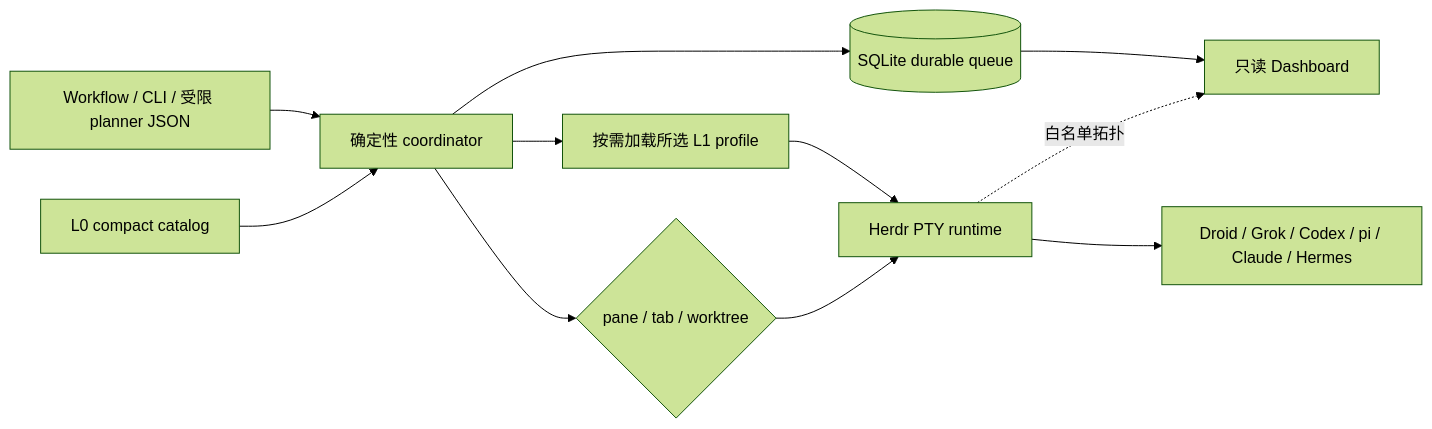
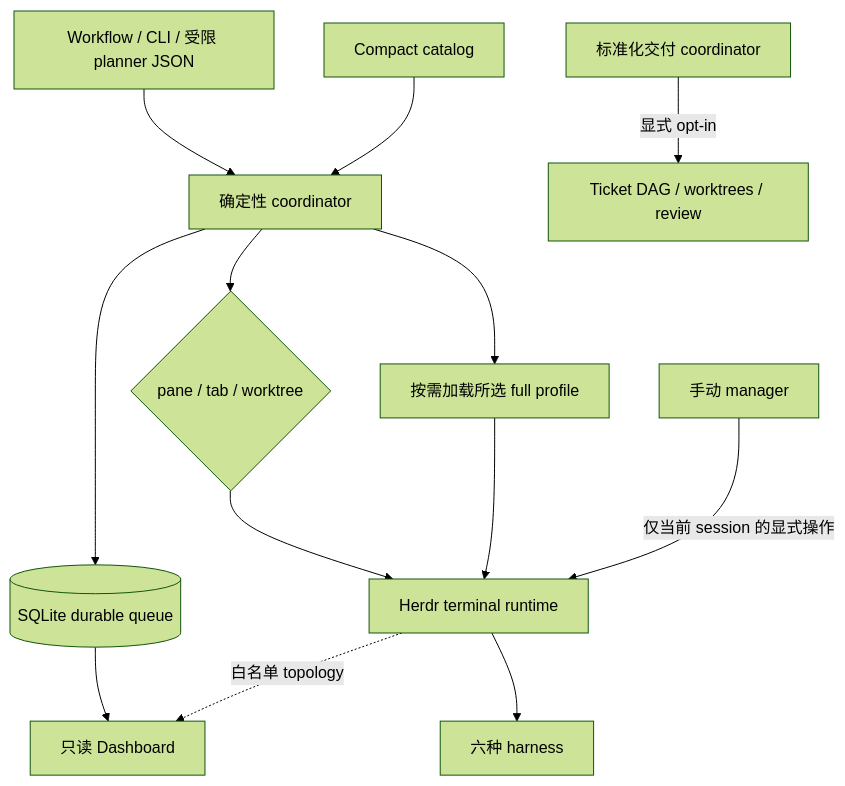
The diagram in droid-wiki/background/index.md (oldwinter/herdr-orchestrator), drawn with Mermaid (forest theme) before and after one commit. The commit also changed other lines of this file and 62 other files, not shown here.

````diff
--- a/droid-wiki/background/index.md
+++ b/droid-wiki/background/index.md
@@ -34,13 +44,15 @@
 ```mermaid
-flowchart LR
-    Input["Workflow / CLI / 受限 planner JSON"] --> Control["确定性 coordinator"]
-    Catalog["L0 compact catalog"] --> Control
-    Control --> Queue[("SQLite durable queue")]
-    Control --> Profile["按需加载所选 L1 profile"]
-    Control --> Placement{"pane / tab / worktree"}
-    Profile --> Herdr["Herdr PTY runtime"]
-    Placement --> Herdr
-    Herdr --> Harness["Droid / Grok / Codex / pi / Claude / Hermes"]
-    Queue --> Dashboard["只读 Dashboard"]
-    Herdr -. 白名单拓扑 .-> Dashboard
+flowchart TD
+    输入[Workflow / CLI / 受限 planner JSON] --> 控制[确定性 coordinator]
+    Catalog[Compact catalog] --> 控制
+    控制 --> Queue[(SQLite durable queue)]
+    控制 --> Placement{pane / tab / worktree}
+    控制 --> Profile[按需加载所选 full profile]
+    Placement --> Herdr[Herdr terminal runtime]
+    Profile --> Herdr
+    Herdr --> Harness[六种 harness]
+    Queue --> Dashboard[只读 Dashboard]
+    Herdr -. 白名单 topology .-> Dashboard
+    Manager[手动 manager] -->|仅当前 session 的显式操作| Herdr
+    Control2[标准化交付 coordinator] -->|显式 opt-in| Delivery[Ticket DAG / worktrees / review]
 ```
````
